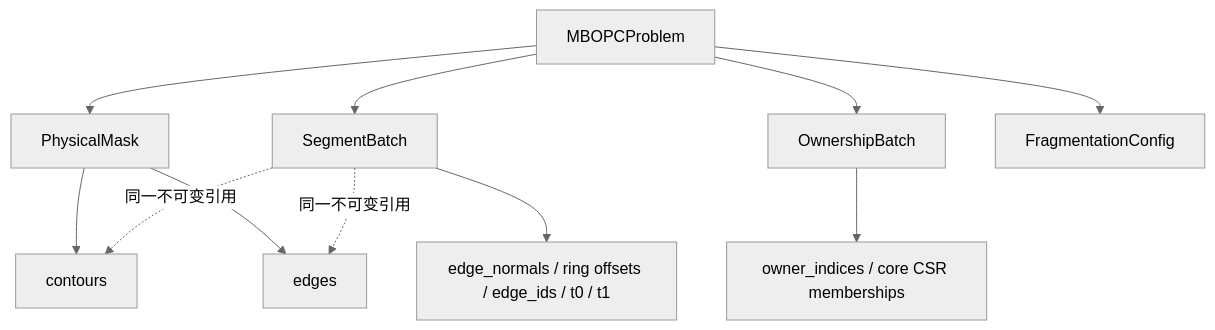
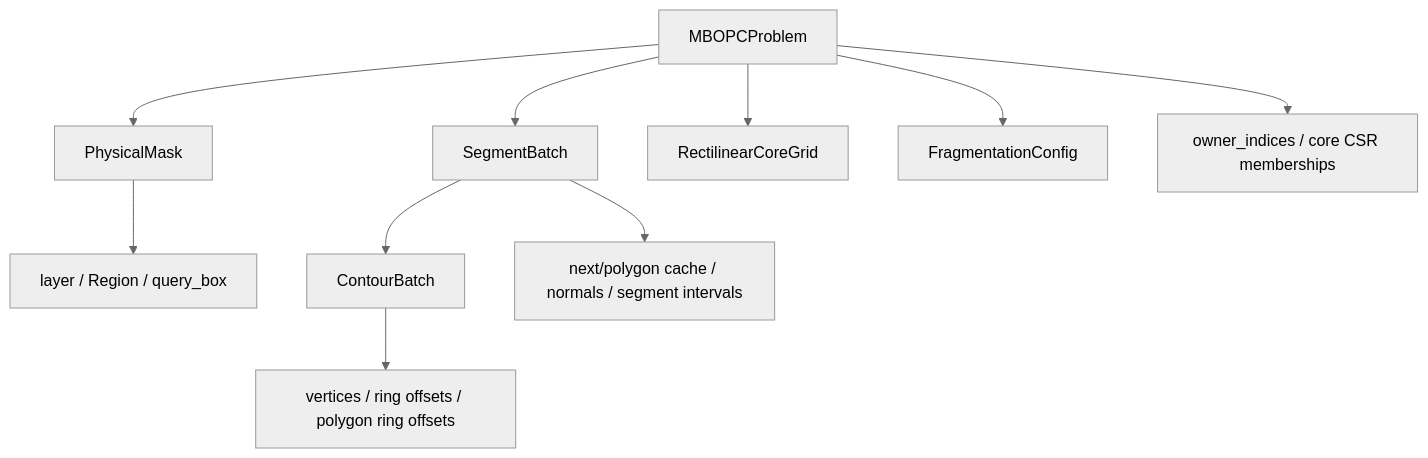
Before and after one commit to Eve429/MyOPC: the fourth of 9 diagrams in doc/function_call_architecture.md, drawn with Mermaid (neutral theme). The commit also changed other lines of this file and 20 other files, not shown here.

````diff
--- a/doc/function_call_architecture.md
+++ b/doc/function_call_architecture.md
@@ -78,13 +82,12 @@
 ```mermaid
 flowchart TD
     P[MBOPCProblem] --> M[PhysicalMask]
     P --> S[SegmentBatch]
-    P --> O[OwnershipBatch]
+    P --> G[RectilinearCoreGrid]
     P --> C[FragmentationConfig]
-    M --> MC[contours]
-    M --> ME[edges]
-    S -. 同一不可变引用 .-> MC
-    S -. 同一不可变引用 .-> ME
-    S --> SP[edge_normals / ring offsets / edge_ids / t0 / t1]
-    O --> OP[owner_indices / core CSR memberships]
+    M --> MR[layer / Region / query_box]
+    S --> MC[ContourBatch]
+    MC --> MT[vertices / ring offsets / polygon ring offsets]
+    S --> SP[next/polygon cache / normals / segment intervals]
+    P --> OP[owner_indices / core CSR memberships]
 ```
````
